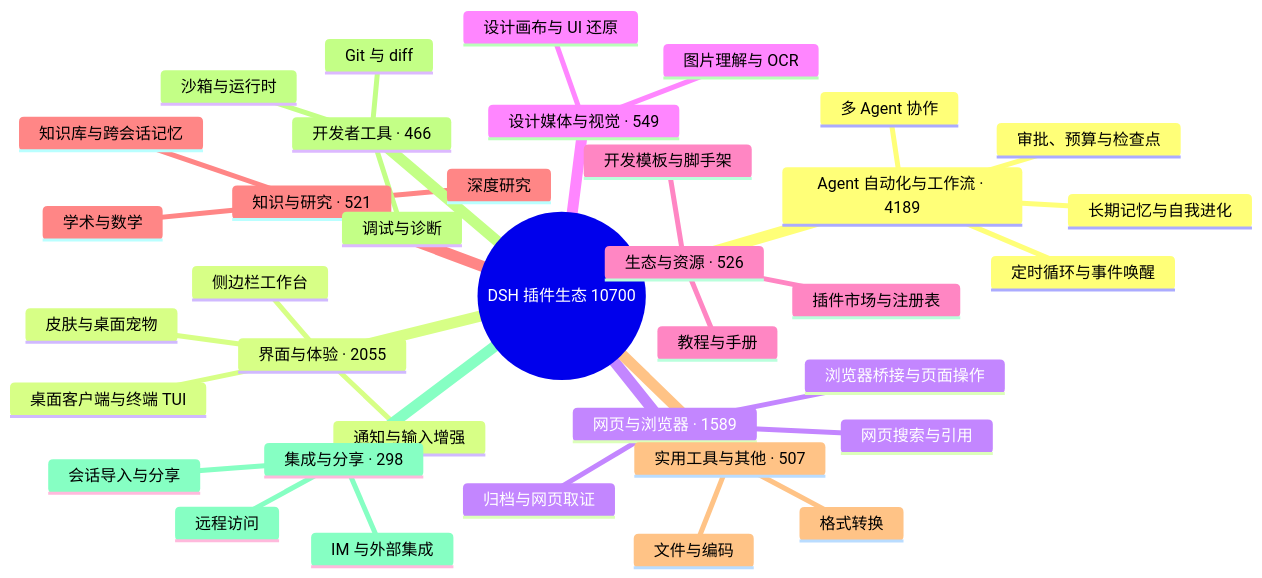
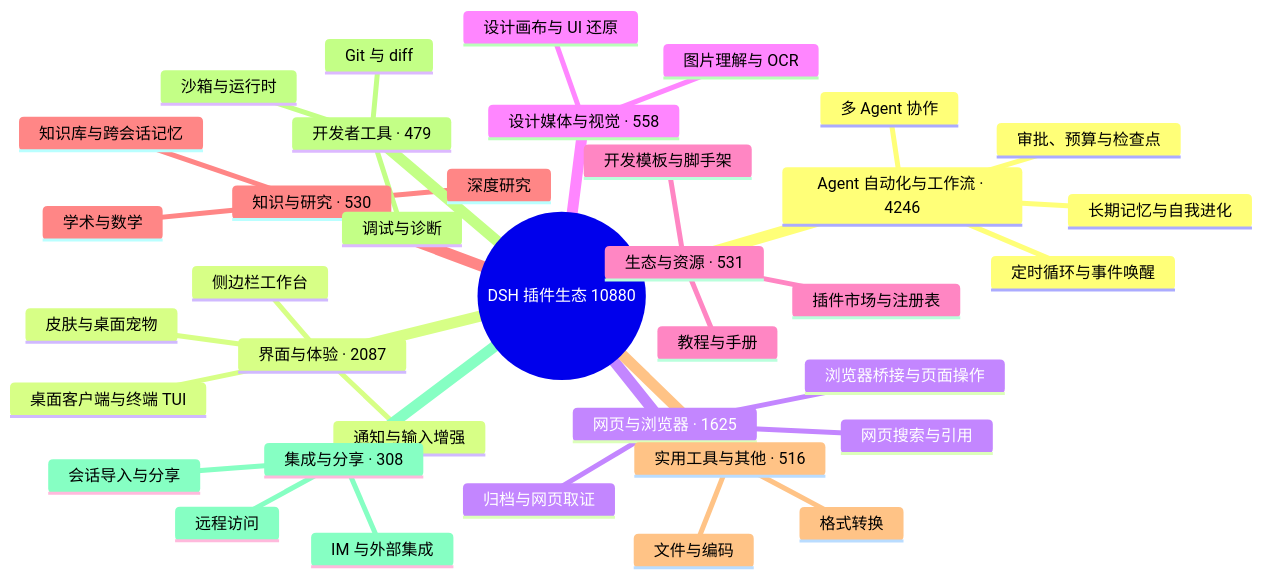
One commit to bruc3van/awesome-dsh-plugin changed the diagram in README.md. Above: the diagram before and after it, drawn with Mermaid. The commit also changed other lines of this file and 19 other files, not shown here.

````diff
--- a/README.md
+++ b/README.md
@@ -33,40 +33,40 @@
 ```mermaid
 mindmap
-  root((DSH 插件生态 10700))
-    Agent 自动化与工作流 · 4189
+  root((DSH 插件生态 10880))
+    Agent 自动化与工作流 · 4246
       定时循环与事件唤醒
       多 Agent 协作
       长期记忆与自我进化
       审批、预算与检查点
-    界面与体验 · 2055
+    界面与体验 · 2087
       桌面客户端与终端 TUI
       侧边栏工作台
       皮肤与桌面宠物
       通知与输入增强
-    网页与浏览器 · 1589
+    网页与浏览器 · 1625
       浏览器桥接与页面操作
       网页搜索与引用
       归档与网页取证
-    设计媒体与视觉 · 549
+    设计媒体与视觉 · 558
       图片理解与 OCR
       设计画布与 UI 还原
-    生态与资源 · 526
+    生态与资源 · 531
       插件市场与注册表
       开发模板与脚手架
       教程与手册
-    知识与研究 · 521
+    知识与研究 · 530
       知识库与跨会话记忆
       深度研究
       学术与数学
-    实用工具与其他 · 507
+    实用工具与其他 · 516
       文件与编码
       格式转换
-    开发者工具 · 466
+    开发者工具 · 479
       Git 与 diff
       沙箱与运行时
       调试与诊断
-    集成与分享 · 298
+    集成与分享 · 308
       会话导入与分享
       远程访问
       IM 与外部集成
 ```
````
